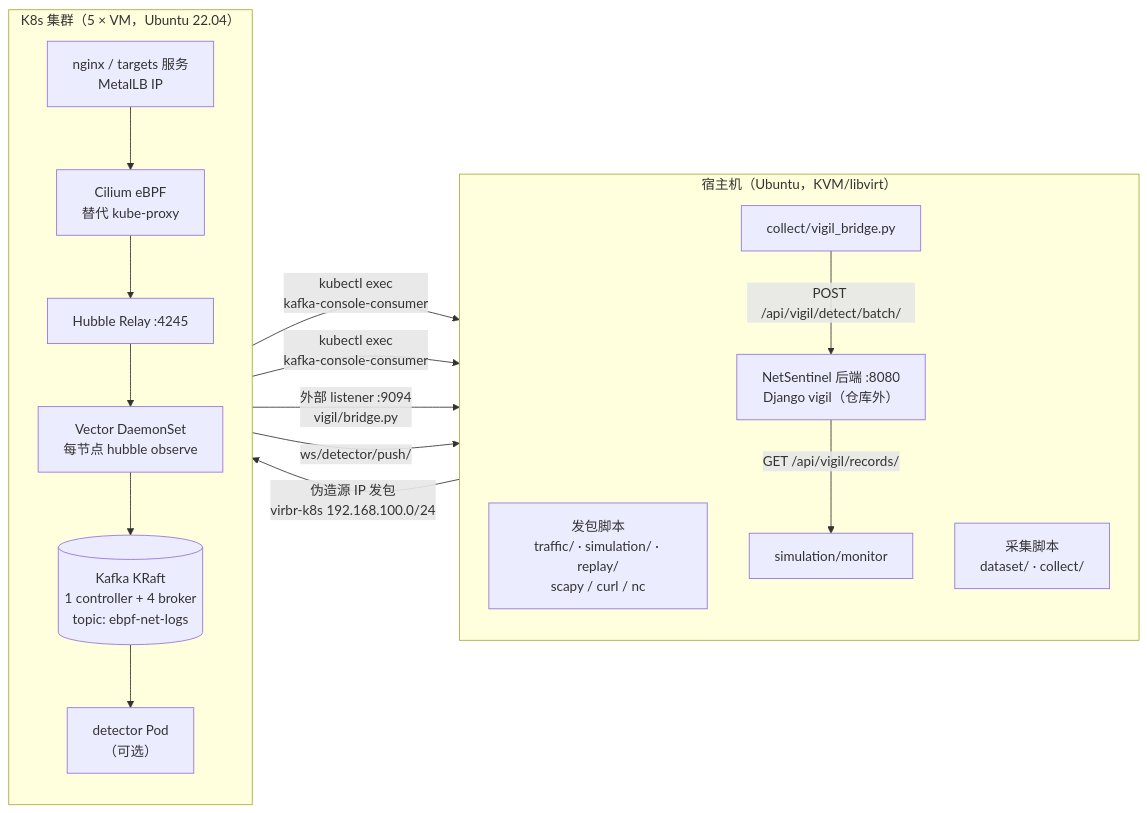
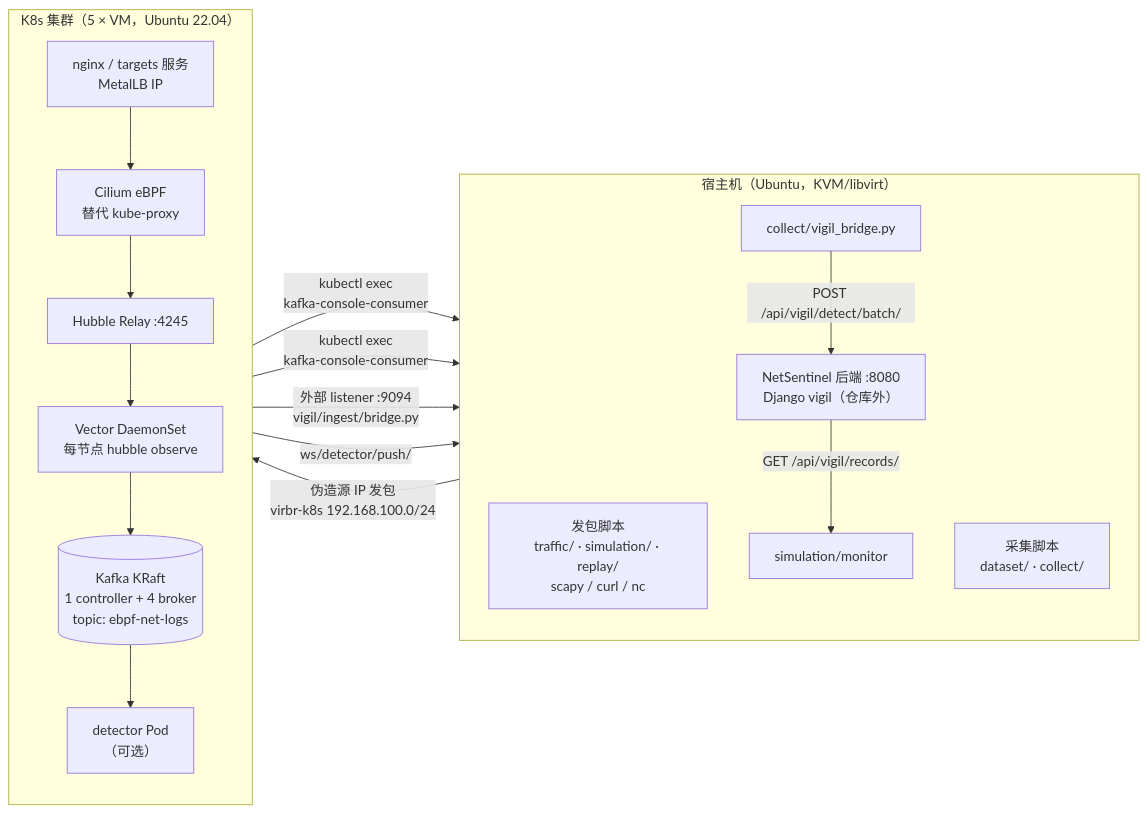
The diagram in lab/README.md (knet-lab/knettf), drawn with Mermaid before and after one commit. The commit also changed other lines of this file and 11 other files, not shown here.

Commit message:
文档：vigil 旧路径（vigil/ml、bridge.py）改为 detection / ingest / response

````diff
--- a/lab/README.md
+++ b/lab/README.md
@@ -17,31 +17,31 @@
 ```mermaid
 flowchart LR
     subgraph HOST["宿主机（Ubuntu，KVM/libvirt）"]
         direction TB
         GEN["发包脚本<br/>traffic/ · simulation/ · replay/<br/>scapy / curl / nc"]
         COL["采集脚本<br/>dataset/ · collect/"]
         BRG["collect/vigil_bridge.py"]
         MON["simulation/monitor"]
         NS["NetSentinel 后端 :8080<br/>Django vigil（仓库外）"]
     end
 
     subgraph K8S["K8s 集群（5 × VM，Ubuntu 22.04）"]
         direction TB
         SVC["nginx / targets 服务<br/>MetalLB IP"]
         CIL["Cilium eBPF<br/>替代 kube-proxy"]
         HUB["Hubble Relay :4245"]
         VEC["Vector DaemonSet<br/>每节点 hubble observe"]
         KAF[("Kafka KRaft<br/>1 controller + 4 broker<br/>topic: ebpf-net-logs")]
         DET["detector Pod<br/>（可选）"]
         SVC --> CIL --> HUB --> VEC --> KAF
         KAF --> DET
     end
 
     GEN -- "伪造源 IP 发包<br/>virbr-k8s 192.168.100.0/24" --> SVC
     KAF -- "kubectl exec<br/>kafka-console-consumer" --> COL
     KAF -- "kubectl exec<br/>kafka-console-consumer" --> BRG
-    KAF -- "外部 listener :9094<br/>vigil/bridge.py" --> NS
+    KAF -- "外部 listener :9094<br/>vigil/ingest/bridge.py" --> NS
     BRG -- "POST /api/vigil/detect/batch/" --> NS
     DET -- "ws/detector/push/" --> NS
     NS -- "GET /api/vigil/records/" --> MON
 ```
````
